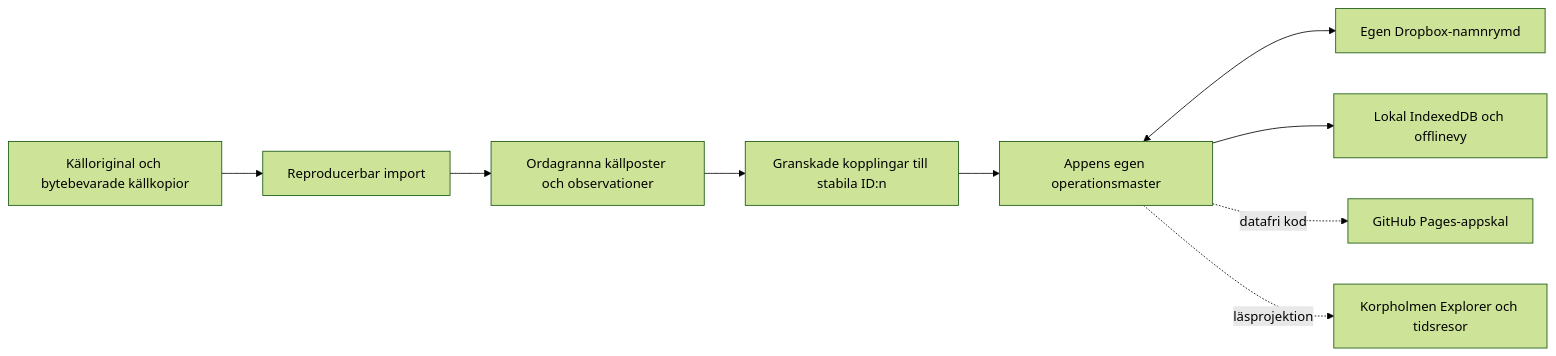
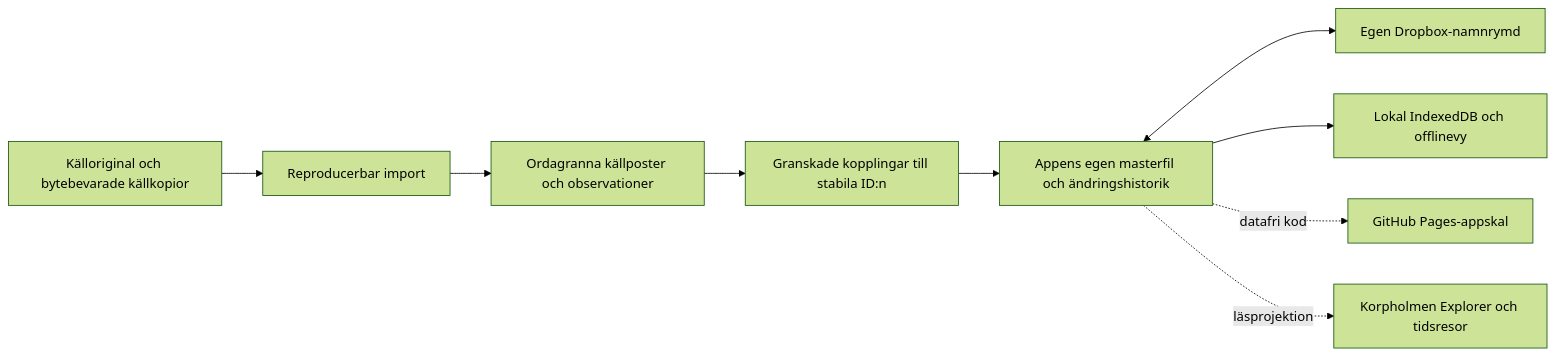
The first of 6 diagrams in ARKITEKTUR.md (simonsvahn/korpholmen), drawn with Mermaid (forest theme) before and after one commit. The commit also changed other lines of this file and 11 other files, not shown here.

````diff
--- a/ARKITEKTUR.md
+++ b/ARKITEKTUR.md
@@ -14,11 +30,11 @@
 ```mermaid
 flowchart LR
     K["Källoriginal och bytebevarade källkopior"] --> I["Reproducerbar import"]
     I --> O["Ordagranna källposter och observationer"]
     O --> G["Granskade kopplingar till stabila ID:n"]
-    G --> M["Appens egen operationsmaster"]
+    G --> M["Appens egen masterfil och ändringshistorik"]
     M <--> D["Egen Dropbox-namnrymd"]
     M --> L["Lokal IndexedDB och offlinevy"]
     M -. "datafri kod" .-> P["GitHub Pages-appskal"]
     M -. "läsprojektion" .-> E["Korpholmen Explorer och tidsresor"]
 ```
````
